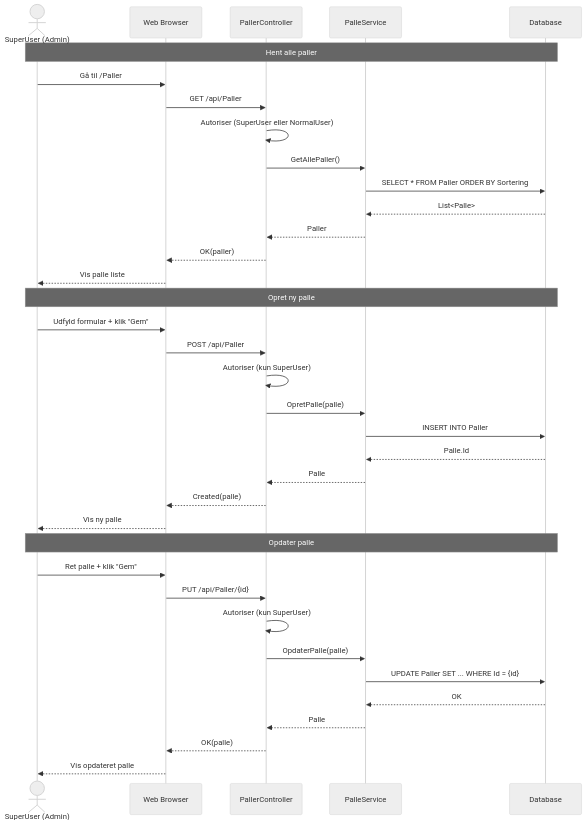
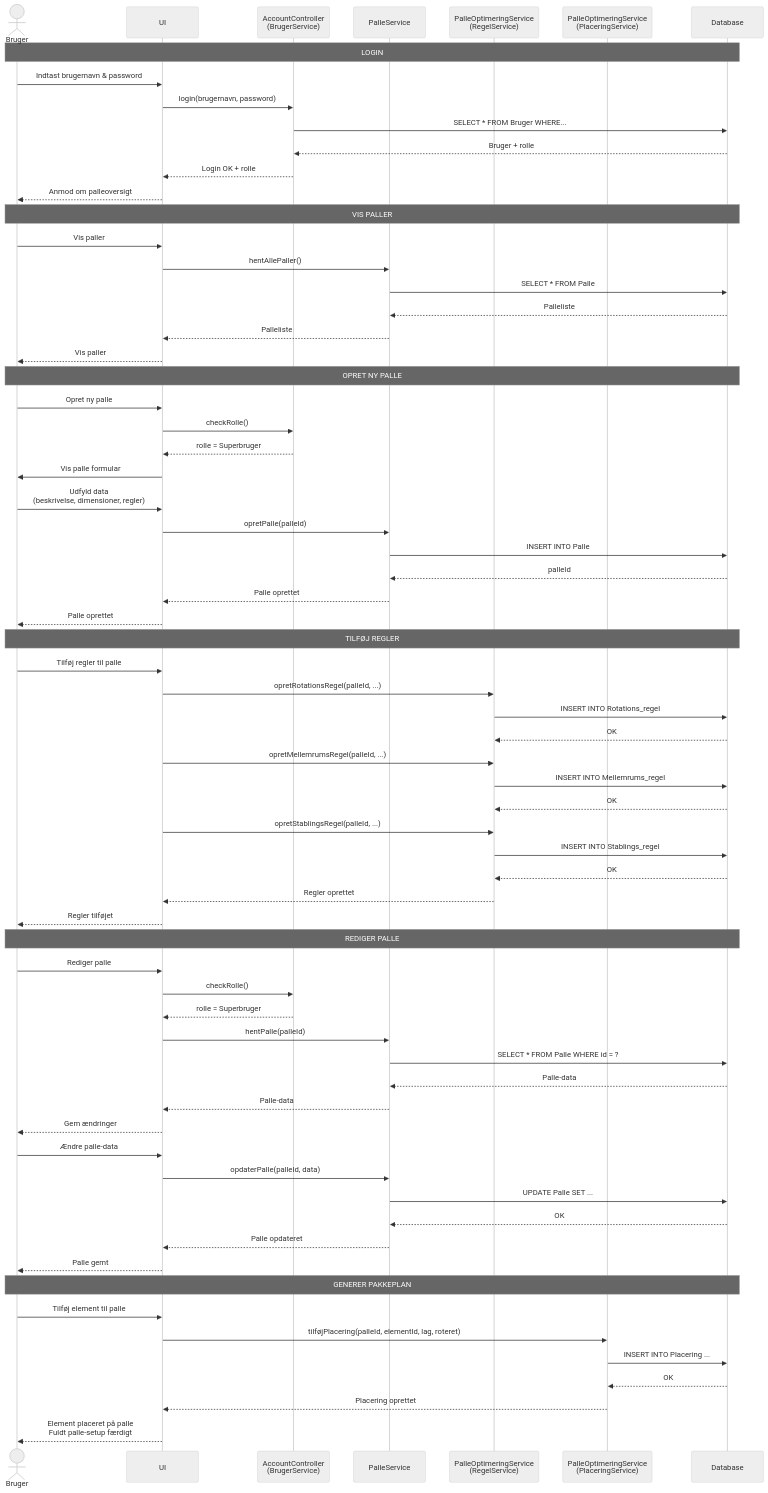
Before and after one commit to Morno01/Eksamen-Acies-case: the diagram in docs/diagrams/03-sekvensdiagram.md, drawn with Mermaid (neutral theme). The commit also changed other lines of this file and 1 other file, not shown here.

First line of the commit message:
Opdater klassediagram og sekvensdiagram med brugerroller

````diff
--- a/docs/diagrams/03-sekvensdiagram.md
+++ b/docs/diagrams/03-sekvensdiagram.md
@@ -101,41 +5,86 @@
 ```mermaid
 sequenceDiagram
-    actor SuperUser as SuperUser (Admin)
-    participant UI as Web Browser
-    participant PC as PallerController
-    participant PS as PalleService
-    participant DB as Database
+    actor Bruger
+    participant UI
+    participant BrugerService as AccountController<br/>(BrugerService)
+    participant PalleService
+    participant RegelService as PalleOptimeringService<br/>(RegelService)
+    participant PlaceringService as PalleOptimeringService<br/>(PlaceringService)
+    participant Database
 
-    Note over SuperUser,DB: Hent alle paller
-    SuperUser->>UI: Gå til /Paller
-    UI->>PC: GET /api/Paller
-    PC->>PC: Autoriser (SuperUser eller NormalUser)
-    PC->>PS: GetAllePaller()
-    PS->>DB: SELECT * FROM Paller ORDER BY Sortering
-    DB-->>PS: List<Palle>
-    PS-->>PC: Paller
-    PC-->>UI: OK(paller)
-    UI-->>SuperUser: Vis palle liste
+    %% ===== LOGIN FLOW =====
+    Note over Bruger,Database: LOGIN
+    Bruger->>UI: Indtast brugernavn & password
+    UI->>BrugerService: login(brugernavn, password)
+    BrugerService->>Database: SELECT * FROM Bruger WHERE...
+    Database-->>BrugerService: Bruger + rolle
+    BrugerService-->>UI: Login OK + rolle
+    UI-->>Bruger: Anmod om palleoversigt
 
-    Note over SuperUser,DB: Opret ny palle
-    SuperUser->>UI: Udfyld formular + klik "Gem"
-    UI->>PC: POST /api/Paller
-    PC->>PC: Autoriser (kun SuperUser)
-    PC->>PS: OpretPalle(palle)
-    PS->>DB: INSERT INTO Paller
-    DB-->>PS: Palle.Id
-    PS-->>PC: Palle
-    PC-->>UI: Created(palle)
-    UI-->>SuperUser: Vis ny palle
+    %% ===== VIS PALLER =====
+    Note over Bruger,Database: VIS PALLER
+    Bruger->>UI: Vis paller
+    UI->>PalleService: hentAllePaller()
+    PalleService->>Database: SELECT * FROM Palle
+    Database-->>PalleService: Palleliste
+    PalleService-->>UI: Palleliste
+    UI-->>Bruger: Vis paller
 
-    Note over SuperUser,DB: Opdater palle
-    SuperUser->>UI: Ret palle + klik "Gem"
-    UI->>PC: PUT /api/Paller/{id}
-    PC->>PC: Autoriser (kun SuperUser)
-    PC->>PS: OpdaterPalle(palle)
-    PS->>DB: UPDATE Paller SET ... WHERE Id = {id}
-    DB-->>PS: OK
-    PS-->>PC: Palle
-    PC-->>UI: OK(palle)
-    UI-->>SuperUser: Vis opdateret palle
+    %% ===== OPRET NY PALLE (kun SuperBruger) =====
+    Note over Bruger,Database: OPRET NY PALLE
+    Bruger->>UI: Opret ny palle
+    UI->>BrugerService: checkRolle()
+    BrugerService-->>UI: rolle = Superbruger
+    UI->>Bruger: Vis palle formular
+    Bruger->>UI: Udfyld data<br/>(beskrivelse, dimensioner, regler)
+    UI->>PalleService: opretPalle(palleId)
+    PalleService->>Database: INSERT INTO Palle
+    Database-->>PalleService: palleId
+    PalleService-->>UI: Palle oprettet
+    UI-->>Bruger: Palle oprettet
+
+    %% ===== TILFØJ REGLER TIL PALLE =====
+    Note over Bruger,Database: TILFØJ REGLER
+    Bruger->>UI: Tilføj regler til palle
+    UI->>RegelService: opretRotationsRegel(palleId, ...)
+    RegelService->>Database: INSERT INTO Rotations_regel
+    Database-->>RegelService: OK
+
+    UI->>RegelService: opretMellemrumsRegel(palleId, ...)
+    RegelService->>Database: INSERT INTO Mellemrums_regel
+    Database-->>RegelService: OK
+
+    UI->>RegelService: opretStablingsRegel(palleId, ...)
+    RegelService->>Database: INSERT INTO Stablings_regel
+    Database-->>RegelService: OK
+
+    RegelService-->>UI: Regler oprettet
+    UI-->>Bruger: Regler tilføjet
+
+    %% ===== REDIGER PALLE (kun SuperBruger) =====
+    Note over Bruger,Database: REDIGER PALLE
+    Bruger->>UI: Rediger palle
+    UI->>BrugerService: checkRolle()
+    BrugerService-->>UI: rolle = Superbruger
+    UI->>PalleService: hentPalle(palleId)
+    PalleService->>Database: SELECT * FROM Palle WHERE id = ?
+    Database-->>PalleService: Palle-data
+    PalleService-->>UI: Palle-data
+    UI-->>Bruger: Gem ændringer
+
+    Bruger->>UI: Ændre palle-data
+    UI->>PalleService: opdaterPalle(palleId, data)
+    PalleService->>Database: UPDATE Palle SET ...
+    Database-->>PalleService: OK
+    PalleService-->>UI: Palle opdateret
+    UI-->>Bruger: Palle gemt
+
+    %% ===== TILFØJ ELEMENT TIL PALLE =====
+    Note over Bruger,Database: GENERER PAKKEPLAN
+    Bruger->>UI: Tilføj element til palle
+    UI->>PlaceringService: tilføjPlacering(palleId, elementId, lag, roteret)
+    PlaceringService->>Database: INSERT INTO Placering ...
+    Database-->>PlaceringService: OK
+    PlaceringService-->>UI: Placering oprettet
+    UI-->>Bruger: Element placeret på palle<br/>Fuldt palle-setup færdigt
 ```
````
